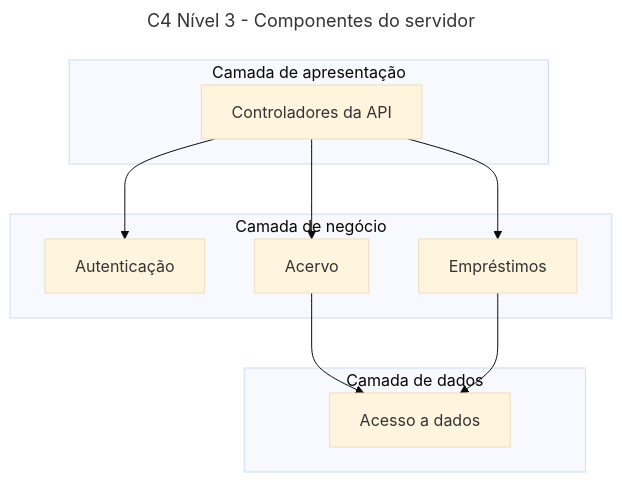
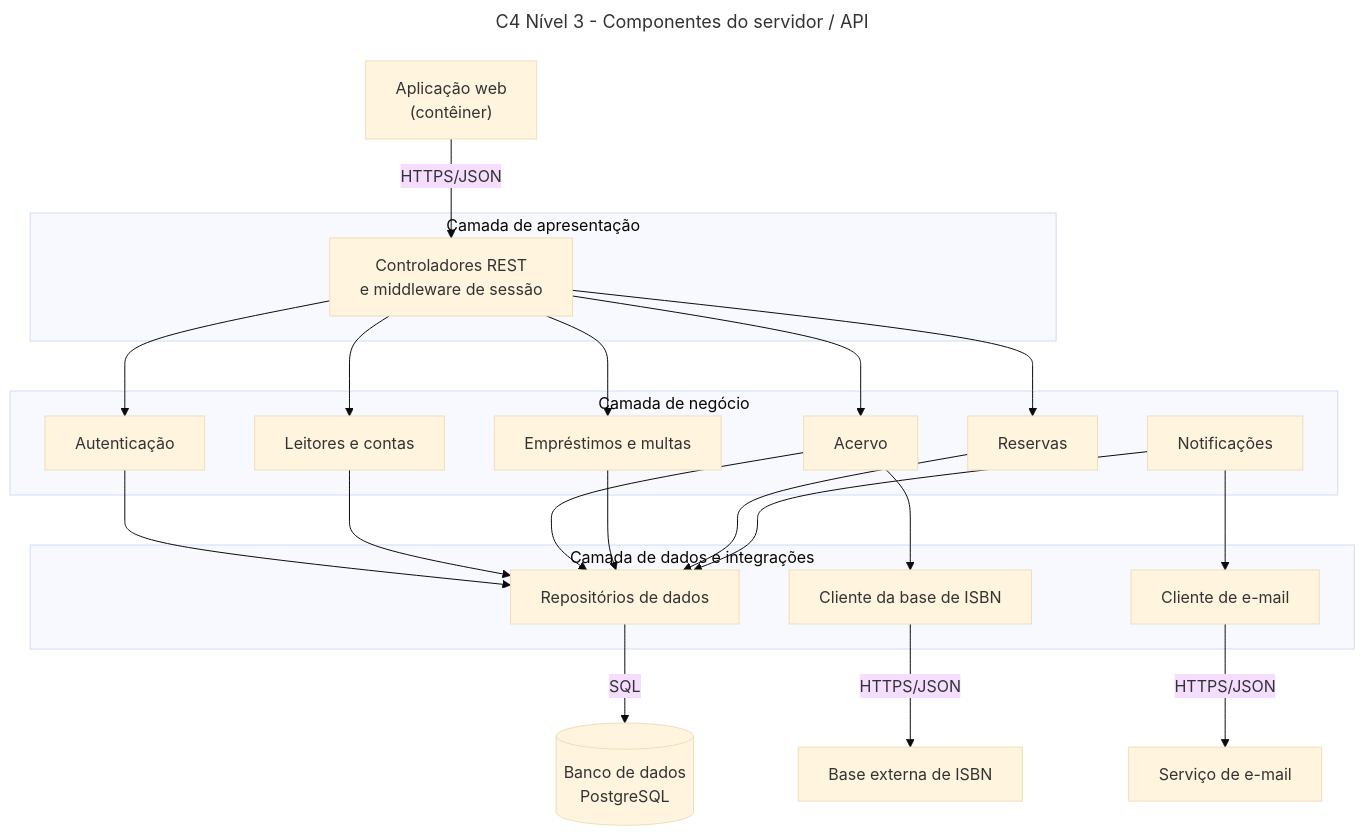
The third of 4 diagrams in README.md (ArrayOfLoot/biblioteca-comunitaria), drawn with Mermaid (base theme) before and after one commit. The commit also changed other lines of this file, not shown here.

Commit message:
c4 nivel 3 - componentes do servidor

````diff
--- a/README.md
+++ b/README.md
@@ -123,22 +123,44 @@
 ```mermaid
 ---
-title: C4 Nível 3 - Componentes do servidor
+title: C4 Nível 3 - Componentes do servidor / API
 ---
 flowchart TB
+    Web["Aplicação web<br/>(contêiner)"]
     subgraph Apresentacao["Camada de apresentação"]
-        Controllers["Controladores da API"]
+        Ctrl["Controladores REST<br/>e middleware de sessão"]
     end
     subgraph Negocio["Camada de negócio"]
         Auth["Autenticação"]
+        Leitores["Leitores e contas"]
         Acervo["Acervo"]
-        Emprestimos["Empréstimos"]
+        Emp["Empréstimos e multas"]
+        Res["Reservas"]
+        Notif["Notificações"]
     end
-    subgraph Dados["Camada de dados"]
-        Repos["Acesso a dados"]
+    subgraph Dados["Camada de dados e integrações"]
+        Repos["Repositórios de dados"]
+        IsbnCli["Cliente da base de ISBN"]
+        EmailCli["Cliente de e-mail"]
     end
-    Controllers --> Auth
-    Controllers --> Acervo
-    Controllers --> Emprestimos
+    Bd[("Banco de dados<br/>PostgreSQL")]
+    Isbn["Base externa de ISBN"]
+    Email["Serviço de e-mail"]
+
+    Web -->|"HTTPS/JSON"| Ctrl
+    Ctrl --> Auth
+    Ctrl --> Leitores
+    Ctrl --> Acervo
+    Ctrl --> Emp
+    Ctrl --> Res
+    Auth --> Repos
+    Leitores --> Repos
     Acervo --> Repos
-    Emprestimos --> Repos
+    Acervo --> IsbnCli
+    Emp --> Repos
+    Res --> Repos
+    Notif --> Repos
+    Notif --> EmailCli
+    Repos -->|"SQL"| Bd
+    IsbnCli -->|"HTTPS/JSON"| Isbn
+    EmailCli -->|"HTTPS/JSON"| Email
 ```
````
